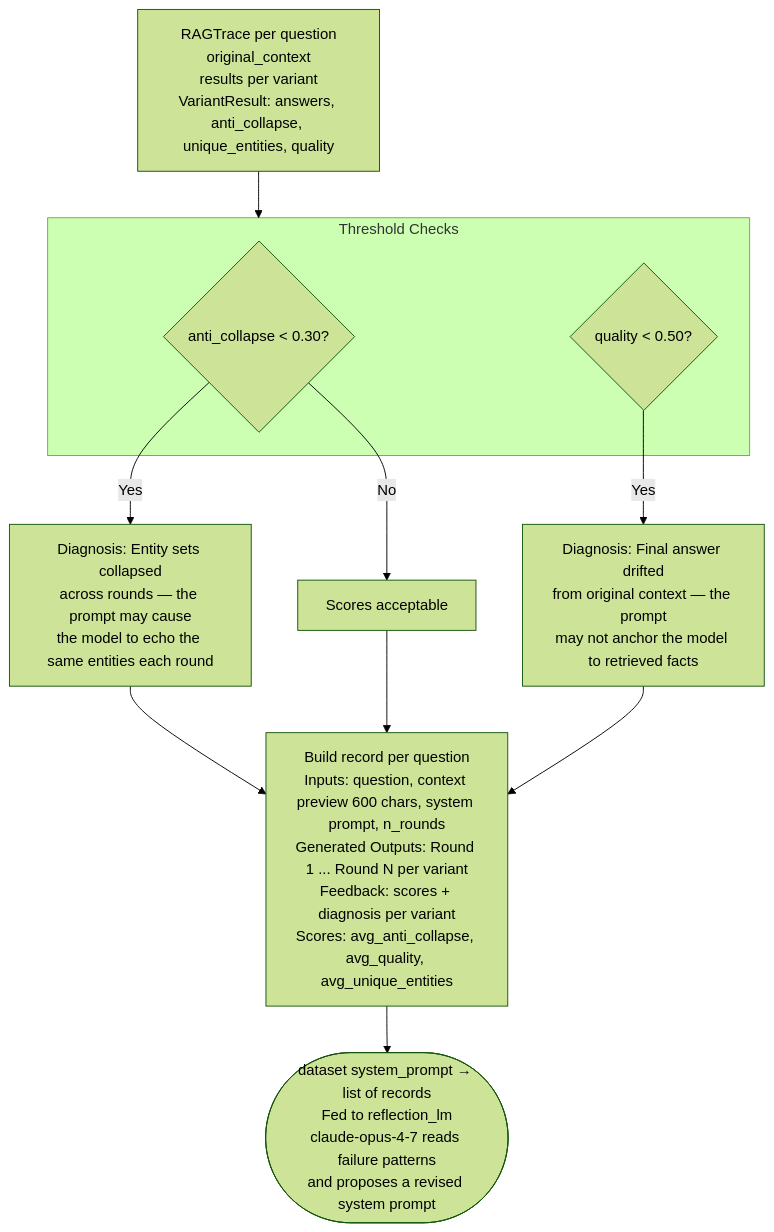
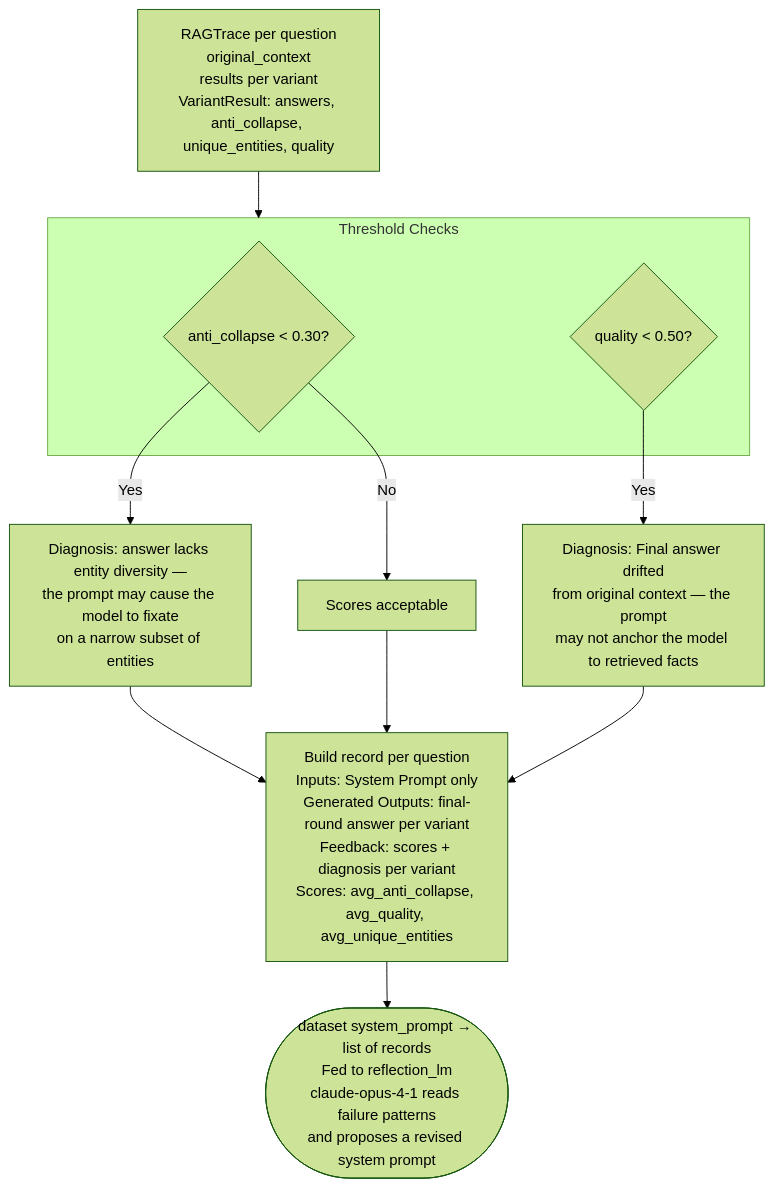
One commit to rag-collapse/RAG-Collapse changed the sixth of 7 diagrams in docs/gepa_flowchart.md. Above: the diagram before and after it, drawn with Mermaid (forest theme). The commit also changed other lines of this file and 5 other files, not shown here.

````diff
--- a/docs/gepa_flowchart.md
+++ b/docs/gepa_flowchart.md
@@ -145,19 +145,19 @@
 ```mermaid
 flowchart TD
     TR[RAGTrace per question\noriginal_context\nresults per variant\nVariantResult: answers, anti_collapse, unique_entities, quality] --> CHECK
 
     subgraph CHECK [Threshold Checks]
         C1{anti_collapse < 0.30?}
         C2{quality < 0.50?}
     end
 
-    C1 -->|Yes| D1[Diagnosis: Entity sets collapsed\nacross rounds — the prompt may cause\nthe model to echo the same entities each round]
+    C1 -->|Yes| D1[Diagnosis: answer lacks entity diversity —\nthe prompt may cause the model to fixate\non a narrow subset of entities]
     C1 -->|No| D3[Scores acceptable]
     C2 -->|Yes| D2[Diagnosis: Final answer drifted\nfrom original context — the prompt\nmay not anchor the model to retrieved facts]
 
-    D1 --> REC[Build record per question\nInputs: question, context preview 600 chars, system prompt, n_rounds\nGenerated Outputs: Round 1 ... Round N per variant\nFeedback: scores + diagnosis per variant\nScores: avg_anti_collapse, avg_quality, avg_unique_entities]
+    D1 --> REC[Build record per question\nInputs: System Prompt only\nGenerated Outputs: final-round answer per variant\nFeedback: scores + diagnosis per variant\nScores: avg_anti_collapse, avg_quality, avg_unique_entities]
     D2 --> REC
     D3 --> REC
 
-    REC --> OUT3([dataset system_prompt → list of records\nFed to reflection_lm\nclaude-opus-4-7 reads failure patterns\nand proposes a revised system prompt])
+    REC --> OUT3([dataset system_prompt → list of records\nFed to reflection_lm\nclaude-opus-4-1 reads failure patterns\nand proposes a revised system prompt])
 ```
````
